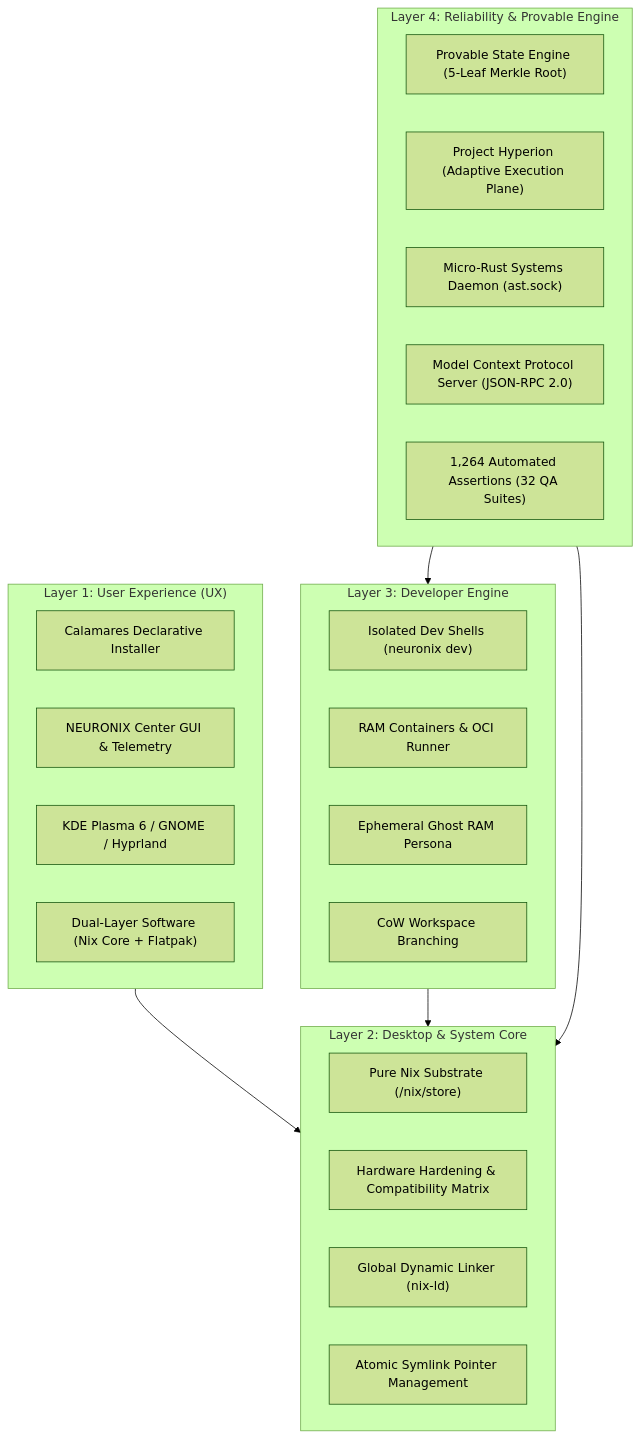
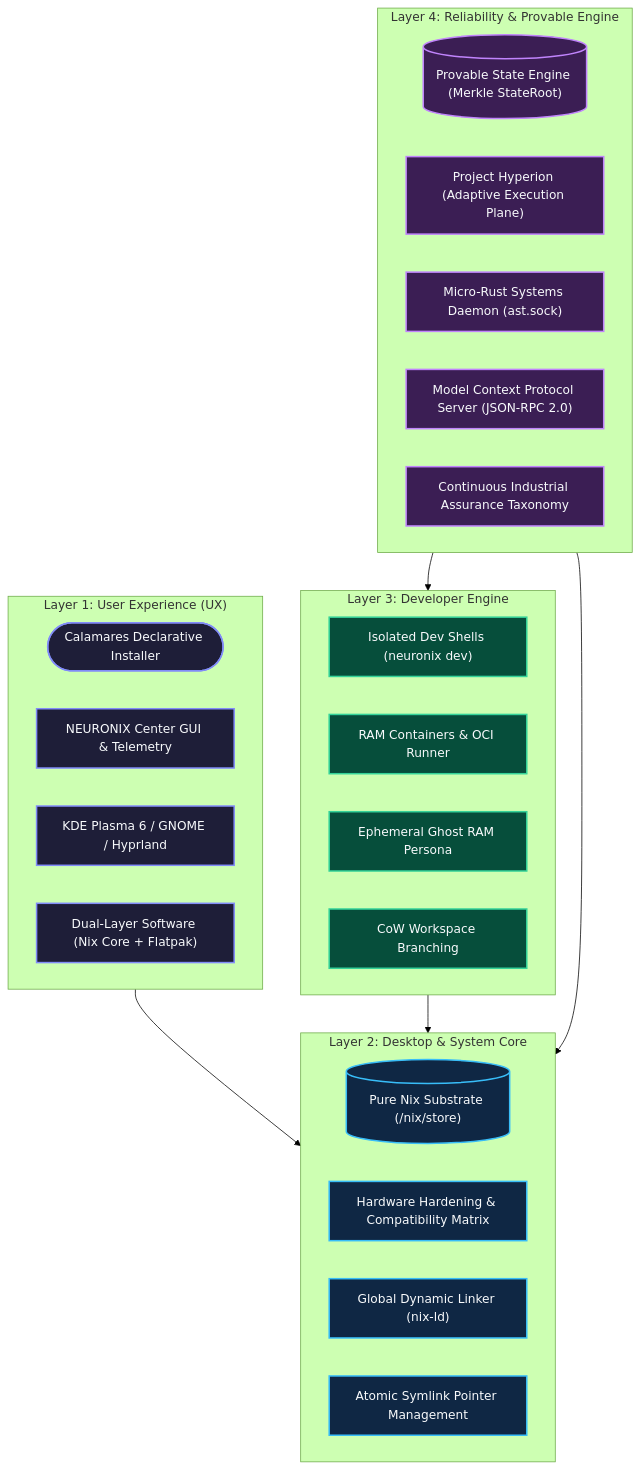
Before and after one commit to adamriofc/NeuronixOS: the first of 5 diagrams in README.md, drawn with Mermaid (forest theme). The commit also changed other lines of this file, not shown here.

First line of the commit message:
style(readme): enhance Mermaid aesthetics, color classes, shapes, and remove brittle counts

````diff
--- a/README.md
+++ b/README.md
@@ -235,36 +235,41 @@
 ```mermaid
 flowchart TD
     subgraph L1["Layer 1: User Experience (UX)"]
-        CAL["Calamares Declarative Installer"]
-        CTR["NEURONIX Center GUI & Telemetry"]
-        DE["KDE Plasma 6 / GNOME / Hyprland"]
-        SW["Dual-Layer Software (Nix Core + Flatpak)"]
+        CAL(["Calamares Declarative Installer"]):::ux
+        CTR["NEURONIX Center GUI & Telemetry"]:::ux
+        DE["KDE Plasma 6 / GNOME / Hyprland"]:::ux
+        SW["Dual-Layer Software (Nix Core + Flatpak)"]:::ux
     end
 
     subgraph L2["Layer 2: Desktop & System Core"]
-        NIX["Pure Nix Substrate (/nix/store)"]
-        HW["Hardware Hardening & Compatibility Matrix"]
-        NLD["Global Dynamic Linker (nix-ld)"]
-        GEN["Atomic Symlink Pointer Management"]
+        NIX[("Pure Nix Substrate (/nix/store)")]:::core
+        HW["Hardware Hardening & Compatibility Matrix"]:::core
+        NLD["Global Dynamic Linker (nix-ld)"]:::core
+        GEN["Atomic Symlink Pointer Management"]:::core
     end
 
     subgraph L3["Layer 3: Developer Engine"]
-        DEV["Isolated Dev Shells (neuronix dev)"]
-        CON["RAM Containers & OCI Runner"]
-        GHO["Ephemeral Ghost RAM Persona"]
-        BRN["CoW Workspace Branching"]
+        DEV["Isolated Dev Shells (neuronix dev)"]:::dev
+        CON["RAM Containers & OCI Runner"]:::dev
+        GHO["Ephemeral Ghost RAM Persona"]:::dev
+        BRN["CoW Workspace Branching"]:::dev
     end
 
     subgraph L4["Layer 4: Reliability & Provable Engine"]
-        PSE["Provable State Engine (5-Leaf Merkle Root)"]
-        HYP["Project Hyperion (Adaptive Execution Plane)"]
-        DAE["Micro-Rust Systems Daemon (ast.sock)"]
-        MCP["Model Context Protocol Server (JSON-RPC 2.0)"]
-        TST["1,264 Automated Assertions (32 QA Suites)"]
+        PSE[("Provable State Engine (Merkle StateRoot)")]:::provable
+        HYP["Project Hyperion (Adaptive Execution Plane)"]:::provable
+        DAE["Micro-Rust Systems Daemon (ast.sock)"]:::provable
+        MCP["Model Context Protocol Server (JSON-RPC 2.0)"]:::provable
+        TST["Continuous Industrial Assurance Taxonomy"]:::provable
     end
 
     L1 --> L2
     L3 --> L2
     L4 --> L2
     L4 --> L3
+
+    classDef ux fill:#1e1e38,stroke:#818cf8,stroke-width:2px,color:#f8fafc;
+    classDef core fill:#0f2744,stroke:#38bdf8,stroke-width:2px,color:#f8fafc;
+    classDef dev fill:#064e3b,stroke:#34d399,stroke-width:2px,color:#f8fafc;
+    classDef provable fill:#3b1e54,stroke:#c084fc,stroke-width:2px,color:#f8fafc;
 ```
````
